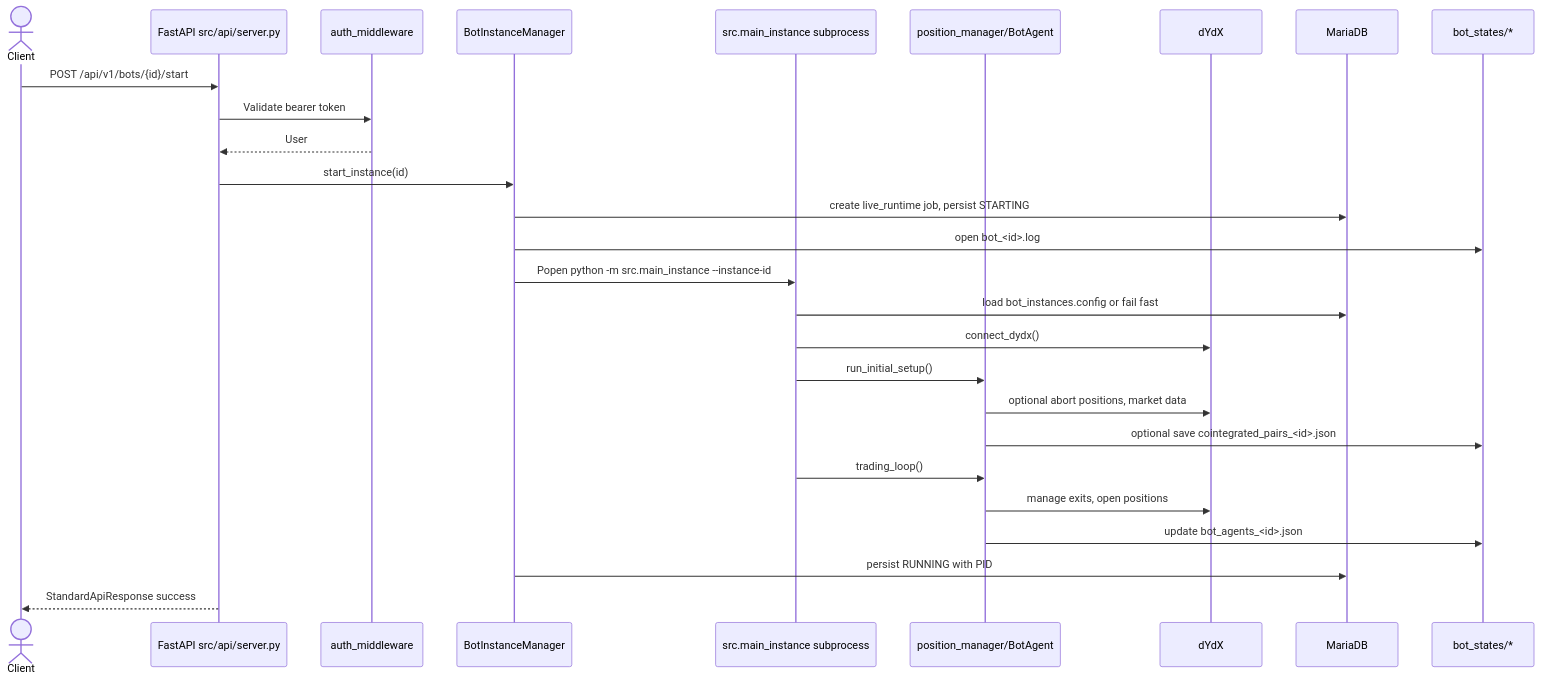
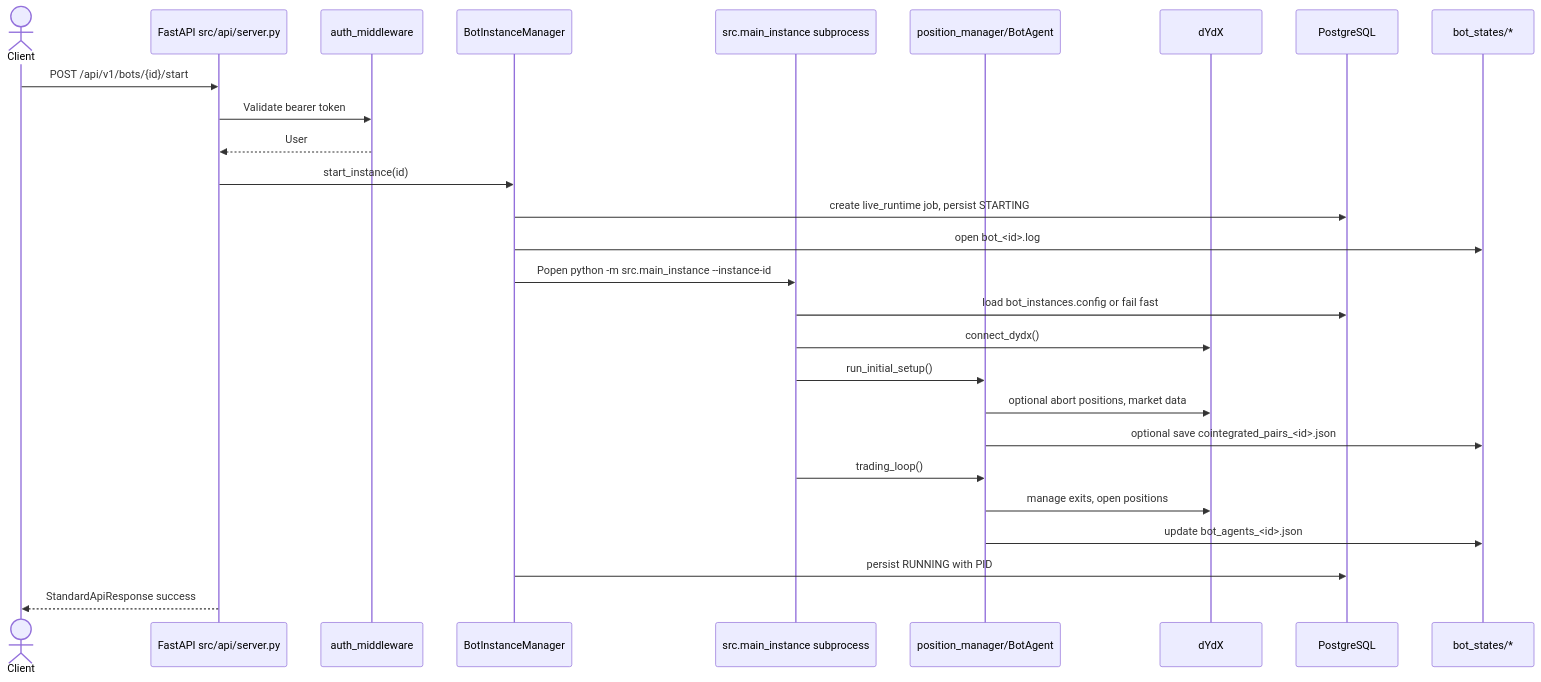
Before and after one commit to cploutarchou/dydx-trading-bot: the sixth of 9 diagrams in bot/docs/BOT_FLOWS.md, drawn with Mermaid. The commit also changed other lines of this file and 51 other files, not shown here.

Commit message:
feat: update infrastructure configuration for PostgreSQL and Valkey integration

````diff
--- a/bot/docs/BOT_FLOWS.md
+++ b/bot/docs/BOT_FLOWS.md
@@ -409,30 +409,30 @@
 ```mermaid
 sequenceDiagram
     actor Client
     participant API as FastAPI src/api/server.py
     participant Auth as auth_middleware
     participant Manager as BotInstanceManager
     participant Worker as src.main_instance subprocess
     participant Runtime as position_manager/BotAgent
     participant Exchange as dYdX
-    participant DB as MariaDB
+    participant DB as PostgreSQL
     participant Files as bot_states/*
 
     Client->>API: POST /api/v1/bots/{id}/start
     API->>Auth: Validate bearer token
     Auth-->>API: User
     API->>Manager: start_instance(id)
     Manager->>DB: create live_runtime job, persist STARTING
     Manager->>Files: open bot_<id>.log
     Manager->>Worker: Popen python -m src.main_instance --instance-id
     Worker->>DB: load bot_instances.config or fail fast
     Worker->>Exchange: connect_dydx()
     Worker->>Runtime: run_initial_setup()
     Runtime->>Exchange: optional abort positions, market data
     Runtime->>Files: optional save cointegrated_pairs_<id>.json
     Worker->>Runtime: trading_loop()
     Runtime->>Exchange: manage exits, open positions
     Runtime->>Files: update bot_agents_<id>.json
     Manager->>DB: persist RUNNING with PID
     API-->>Client: StandardApiResponse success
 ```
````
